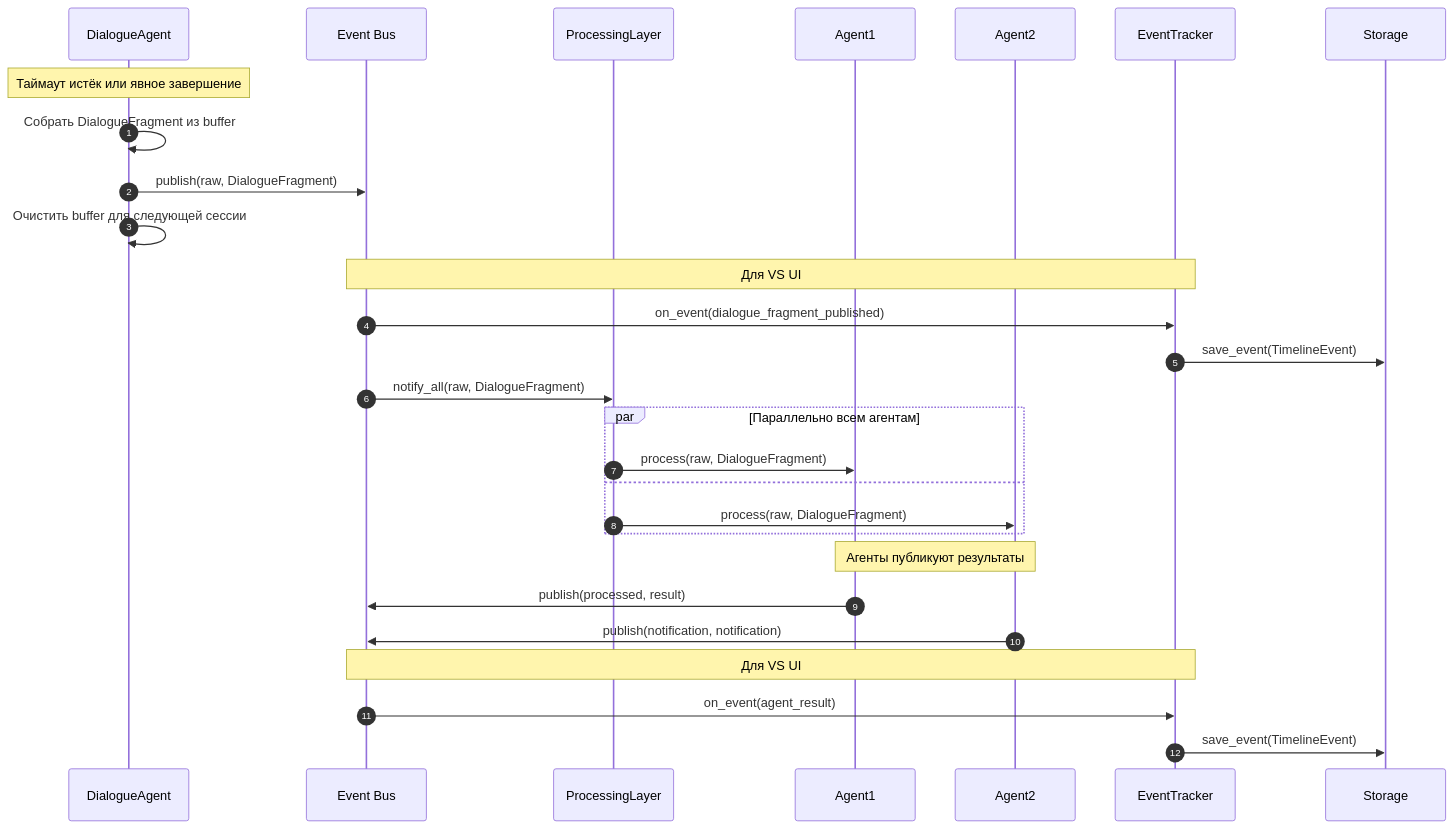
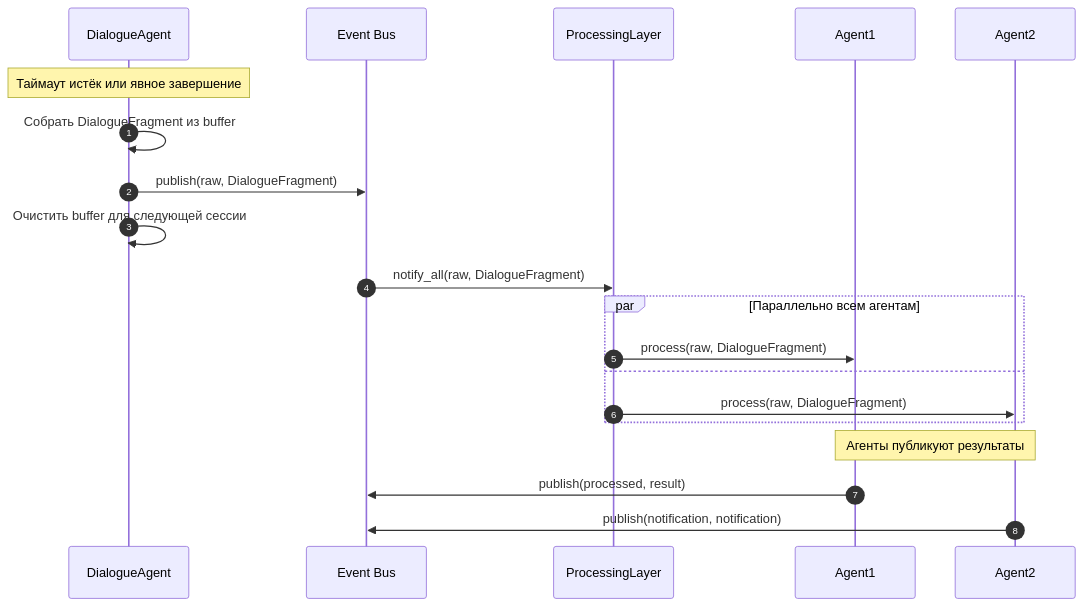
Before and after one commit to Dieugene/team-assistant: the second of 13 diagrams in 00_docs/architecture/runtime_architecture.md, drawn with Mermaid. The commit also changed other lines of this file, not shown here.

First line of the commit message:
Refine runtime architecture

````diff
--- a/00_docs/architecture/runtime_architecture.md
+++ b/00_docs/architecture/runtime_architecture.md
@@ -130,37 +119,28 @@
 ```mermaid
 sequenceDiagram
     autonumber
     participant DA as DialogueAgent
     participant EB as Event Bus
     participant PL as ProcessingLayer
     participant PA1 as Agent1
     participant PA2 as Agent2
-    participant ET as EventTracker
 
     Note over DA: Таймаут истёк или явное завершение
 
     DA->>DA: Собрать DialogueFragment из buffer
     DA->>EB: publish(raw, DialogueFragment)
     DA->>DA: Очистить buffer для следующей сессии
-
-    Note over ET,EB: Для VS UI
-    EB->>ET: on_event(dialogue_fragment_published)
-    ET->>Storage: save_event(TimelineEvent)
 
     EB->>PL: notify_all(raw, DialogueFragment)
 
     par Параллельно всем агентам
         PL->>PA1: process(raw, DialogueFragment)
     and
         PL->>PA2: process(raw, DialogueFragment)
     end
 
     Note over PA1,PA2: Агенты публикуют результаты
 
     PA1->>EB: publish(processed, result)
     PA2->>EB: publish(notification, notification)
-
-    Note over ET,EB: Для VS UI
-    EB->>ET: on_event(agent_result)
-    ET->>Storage: save_event(TimelineEvent)
 ```
````
